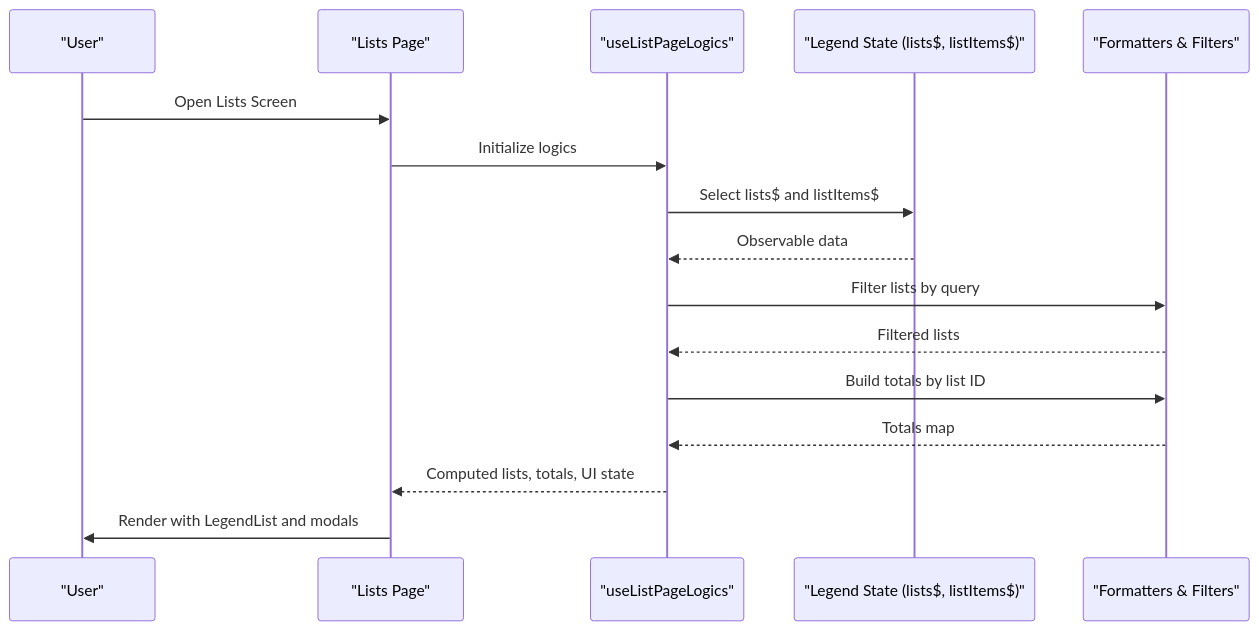
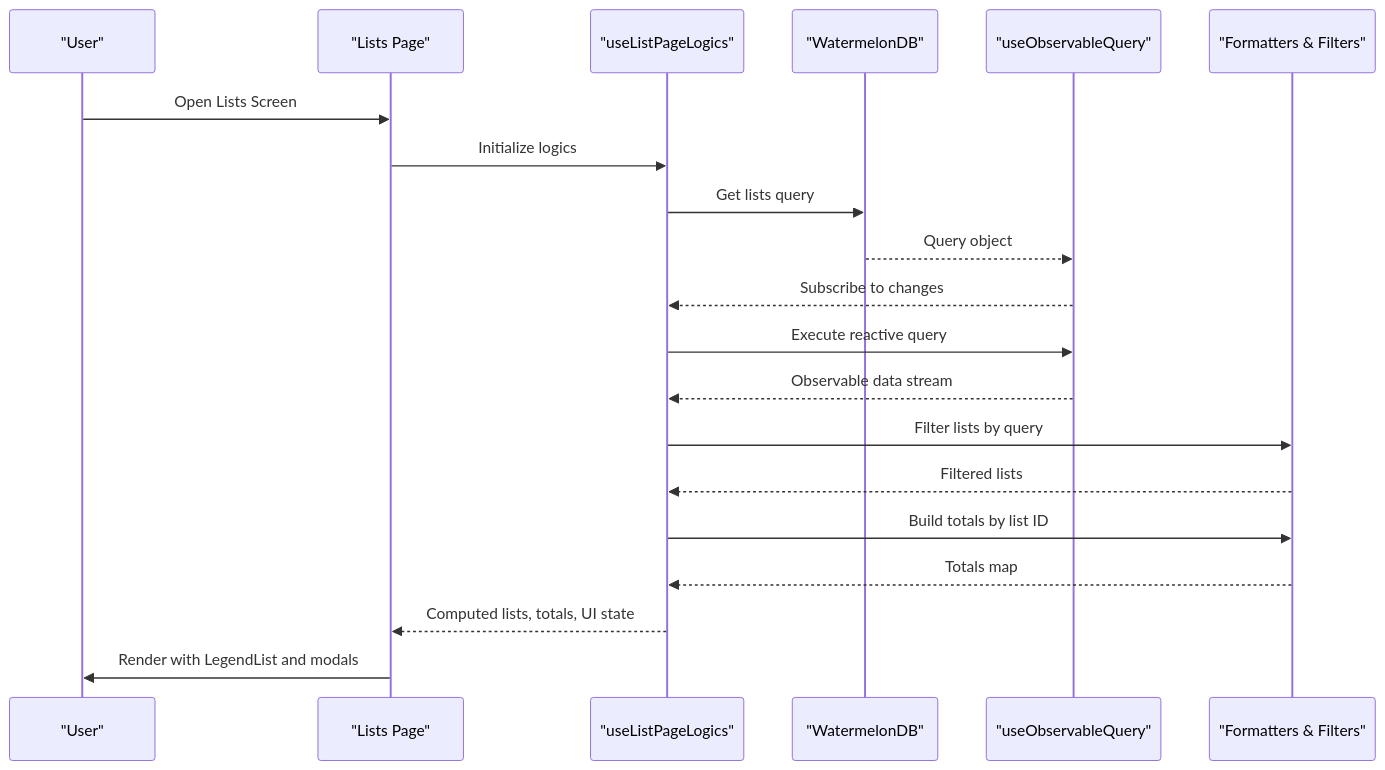
One commit to karllasouzza/PowerLists changed the fifth of 7 diagrams in .qoder/repowiki/en/content/Development Guidelines.md. Above: the diagram before and after it, drawn with Mermaid. The commit also changed other lines of this file and 5 other files, not shown here.

````diff
--- a/.qoder/repowiki/en/content/Development Guidelines.md
+++ b/.qoder/repowiki/en/content/Development Guidelines.md
@@ -293,18 +477,22 @@
 ```mermaid
 sequenceDiagram
 participant User as "User"
 participant Page as "Lists Page"
 participant Hooks as "useListPageLogics"
-participant State as "Legend State (lists$, listItems$)"
+participant DB as "WatermelonDB"
+participant Query as "useObservableQuery"
 participant Utils as "Formatters & Filters"
 User->>Page : Open Lists Screen
 Page->>Hooks : Initialize logics
-Hooks->>State : Select lists$ and listItems$
-State-->>Hooks : Observable data
+Hooks->>DB : Get lists query
+DB-->>Query : Query object
+Query-->>Hooks : Subscribe to changes
+Hooks->>Query : Execute reactive query
+Query-->>Hooks : Observable data stream
 Hooks->>Utils : Filter lists by query
 Utils-->>Hooks : Filtered lists
 Hooks->>Utils : Build totals by list ID
 Utils-->>Hooks : Totals map
 Hooks-->>Page : Computed lists, totals, UI state
 Page->>User : Render with LegendList and modals
 ```
````
